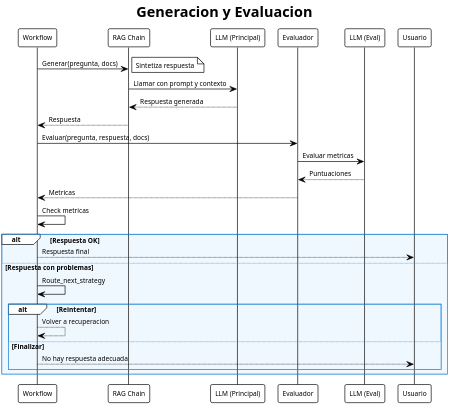
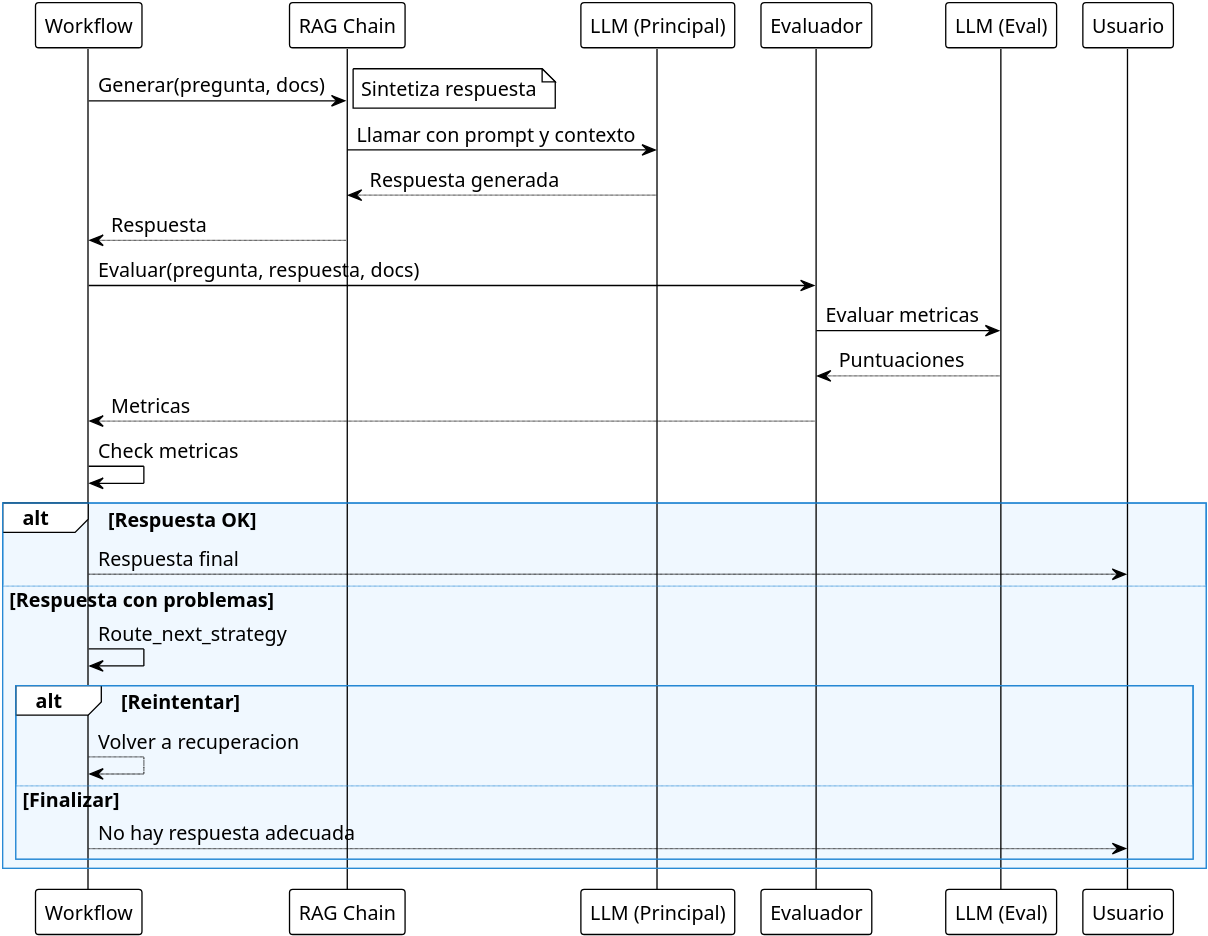
Before and after one commit to carloss4dv/langagent: the diagram in diagrams/generacion_avanzada_secuencia.puml, drawn with PlantUML. The commit also changed 68 other files, not shown here.

```diff
--- a/diagrams/generacion_avanzada_secuencia.puml
+++ b/diagrams/generacion_avanzada_secuencia.puml
@@ -1,57 +1,57 @@
 @startuml
 !theme plain
 skinparam {
-    dpi 300
+    dpi 600
     shadowing false
     backgroundColor transparent
     defaultFontName "Arial"
-    defaultFontSize 10
+    defaultFontSize 15
     sequenceArrowThickness 1
     sequenceParticipant {
         padding 5
     }
     package {
         borderColor #2688d4
         backgroundColor #f0f8ff
     }
     database {
         borderColor #2688d4
         backgroundColor #add8e6
     }
 }
-title "Generacion y Evaluacion"
+
 
 participant "Workflow" as Workflow
 participant "RAG Chain" as RAGChain
 participant "LLM (Principal)" as LLM
 participant "Evaluador" as Evaluator
 participant "LLM (Eval)" as LLM_Eval
 participant "Usuario" as User
 
 Workflow -> RAGChain: Generar(pregunta, docs)
 note right: Sintetiza respuesta
 
 RAGChain -> LLM: Llamar con prompt y contexto
 LLM --> RAGChain: Respuesta generada
 RAGChain --> Workflow: Respuesta
 
 Workflow -> Evaluator: Evaluar(pregunta, respuesta, docs)
 
 Evaluator -> LLM_Eval: Evaluar metricas
 LLM_Eval --> Evaluator: Puntuaciones
 Evaluator --> Workflow: Metricas
 
 Workflow -> Workflow: Check metricas
 
 alt Respuesta OK
     Workflow --> User: Respuesta final
 else Respuesta con problemas
     Workflow -> Workflow: Route_next_strategy
     alt Reintentar
         Workflow --> Workflow: Volver a recuperacion
     else Finalizar
         Workflow --> User: No hay respuesta adecuada
     end
 end
 
 @enduml
```
